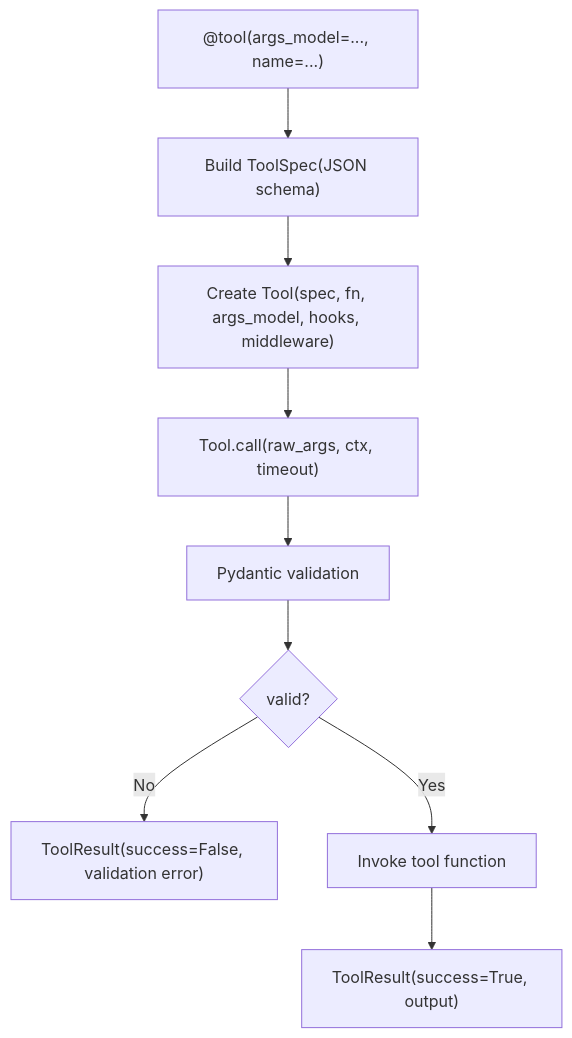
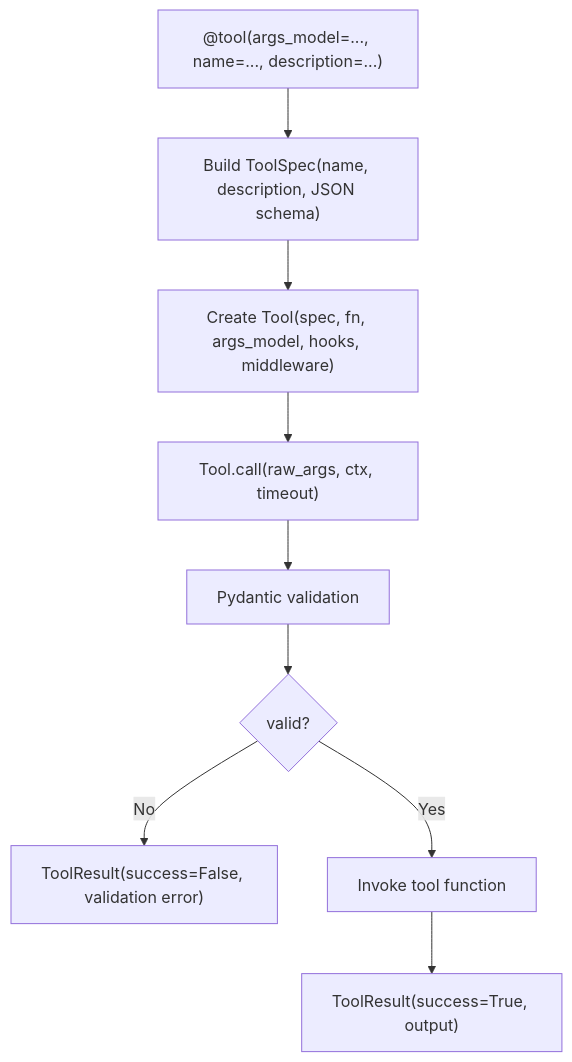
Before and after one commit to Luseefor/afk: the first of 6 diagrams in docs/library/tools-system-walkthrough.mdx, drawn with Mermaid. The commit also changed other lines of this file and 36 other files, not shown here.

````diff
--- a/docs/library/tools-system-walkthrough.mdx
+++ b/docs/library/tools-system-walkthrough.mdx
@@ -26,11 +27,11 @@
 ```mermaid
 flowchart TD
-    A["@tool(args_model=..., name=...)"] --> B["Build ToolSpec(JSON schema)"]
+    A["@tool(args_model=..., name=..., description=...)"] --> B["Build ToolSpec(name, description, JSON schema)"]
     B --> C["Create Tool(spec, fn, args_model, hooks, middleware)"]
     C --> D["Tool.call(raw_args, ctx, timeout)"]
     D --> E["Pydantic validation"]
     E --> F{"valid?"}
     F -- "No" --> G["ToolResult(success=False, validation error)"]
     F -- "Yes" --> H["Invoke tool function"]
     H --> I["ToolResult(success=True, output)"]
 ```
````
